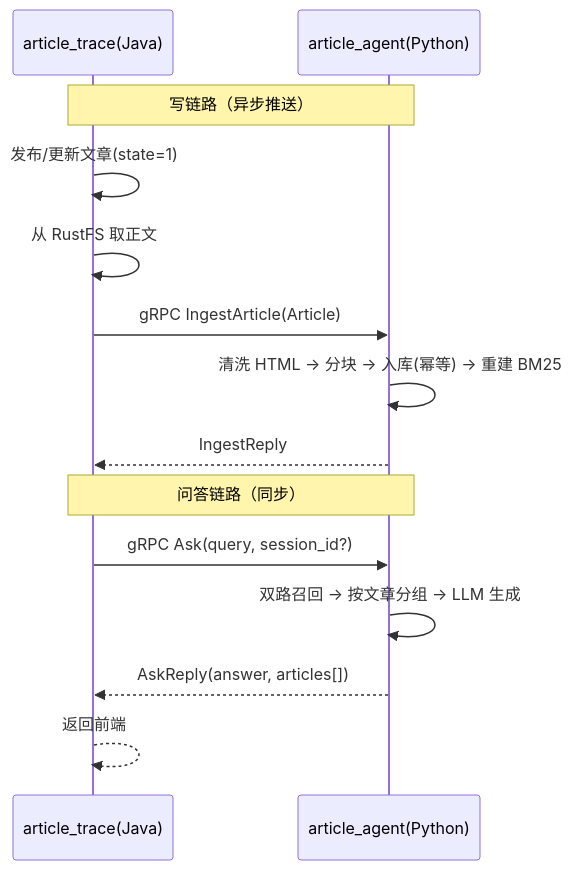
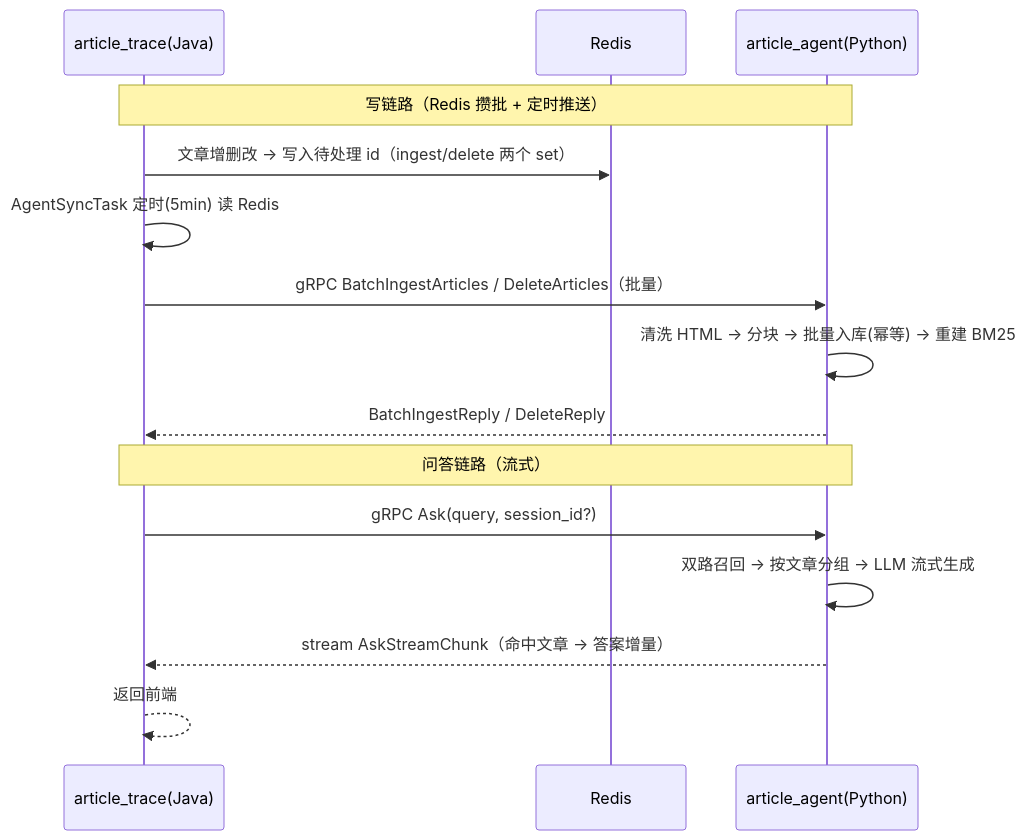
One commit to apkdio/article_trace changed the diagram in article_trace_agent/README.md. Above: the diagram before and after it, drawn with Mermaid. The commit also changed other lines of this file and 3 other files, not shown here.

````diff
--- a/article_trace_agent/README.md
+++ b/article_trace_agent/README.md
@@ -167,18 +167,19 @@
 ```mermaid
 sequenceDiagram
     participant J as article_trace(Java)
+    participant R as Redis
     participant P as article_agent(Python)
 
-    Note over J,P: 写链路（异步推送）
-    J->>J: 发布/更新文章(state=1)
-    J->>J: 从 RustFS 取正文
-    J->>P: gRPC IngestArticle(Article)
-    P->>P: 清洗 HTML → 分块 → 入库(幂等) → 重建 BM25
-    P-->>J: IngestReply
+    Note over J,P: 写链路（Redis 攒批 + 定时推送）
+    J->>R: 文章增删改 → 写入待处理 id（ingest/delete 两个 set）
+    J->>J: AgentSyncTask 定时(5min) 读 Redis
+    J->>P: gRPC BatchIngestArticles / DeleteArticles（批量）
+    P->>P: 清洗 HTML → 分块 → 批量入库(幂等) → 重建 BM25
+    P-->>J: BatchIngestReply / DeleteReply
 
-    Note over J,P: 问答链路（同步）
+    Note over J,P: 问答链路（流式）
     J->>P: gRPC Ask(query, session_id?)
-    P->>P: 双路召回 → 按文章分组 → LLM 生成
-    P-->>J: AskReply(answer, articles[])
+    P->>P: 双路召回 → 按文章分组 → LLM 流式生成
+    P-->>J: stream AskStreamChunk（命中文章 → 答案增量）
     J-->>J: 返回前端
 ```
````
